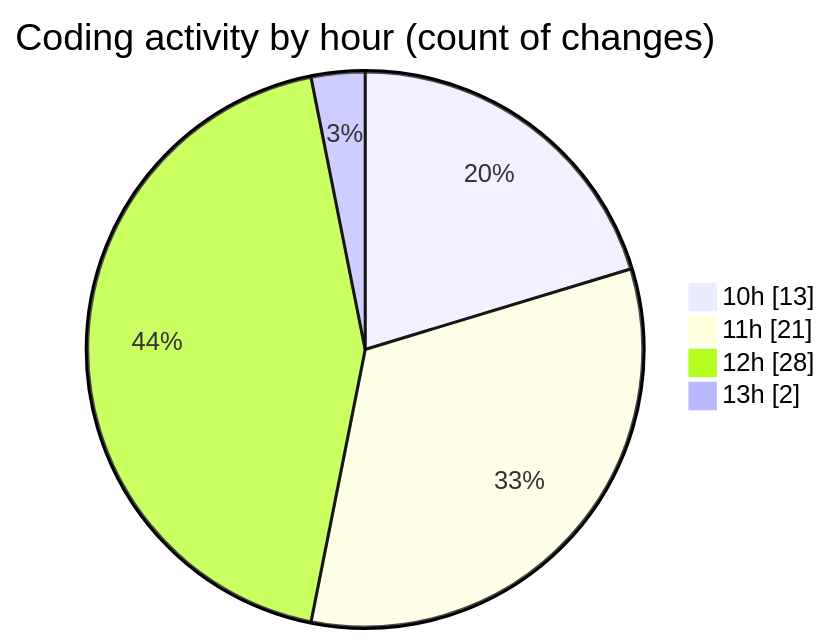
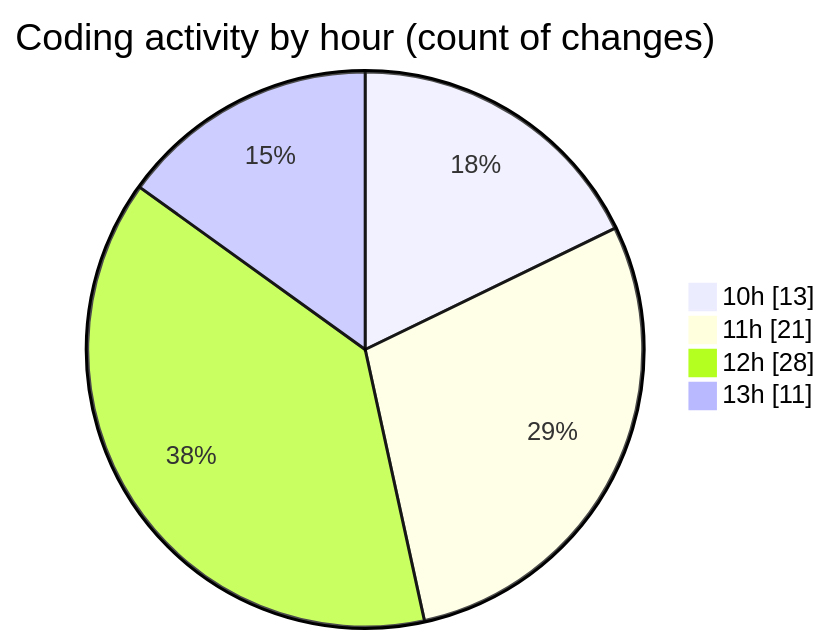
One commit to momahboobian/code-tracking changed the second of 2 diagrams in 2025-06-19/cda/README.md. Above: the diagram before and after it, drawn with Mermaid. The commit also changed other lines of this file and 1 other file, not shown here.

````diff
--- a/2025-06-19/cda/README.md
+++ b/2025-06-19/cda/README.md
@@ -39,8 +39,8 @@
 ```mermaid
 pie showData
 title Coding activity by hour (count of changes)
 "10h" : 13
 "11h" : 21
 "12h" : 28
-"13h" : 2
+"13h" : 11
 ```
````
